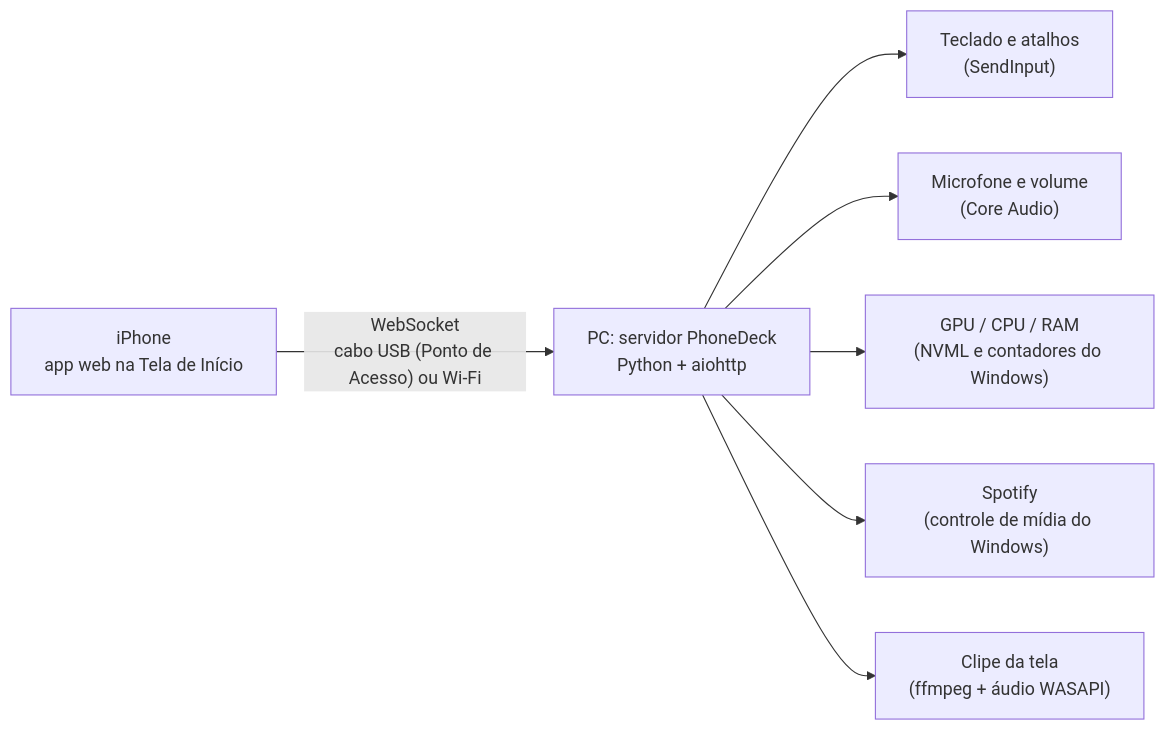
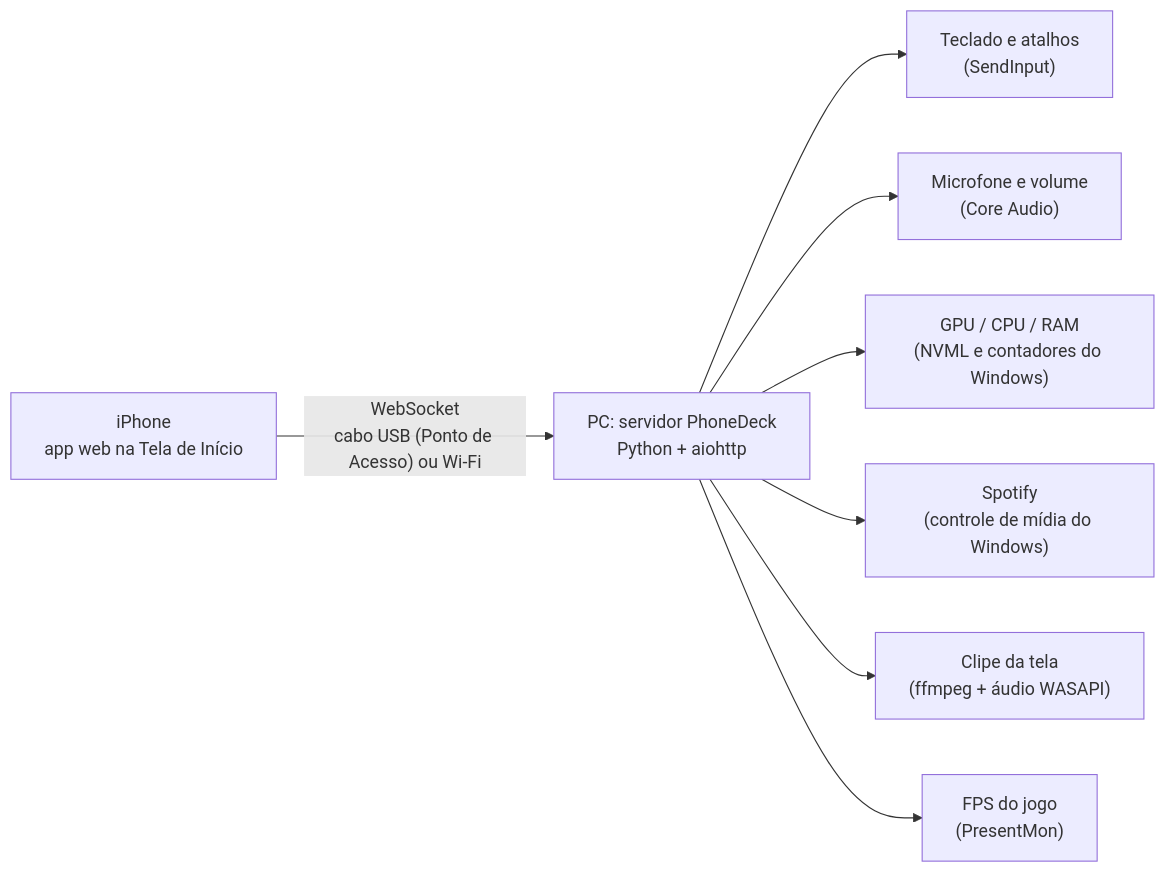
One commit to ericksouzaengenharia-prog/PhoneDeck changed the diagram in README.md. Above: the diagram before and after it, drawn with Mermaid. The commit also changed other lines of this file and 39 other files, not shown here.

````diff
--- a/README.md
+++ b/README.md
@@ -61,9 +69,10 @@
 ```mermaid
 flowchart LR
     A["iPhone<br/>app web na Tela de Início"] -- "WebSocket<br/>cabo USB (Ponto de Acesso) ou Wi-Fi" --> B["PC: servidor PhoneDeck<br/>Python + aiohttp"]
     B --> C["Teclado e atalhos<br/>(SendInput)"]
     B --> D["Microfone e volume<br/>(Core Audio)"]
     B --> E["GPU / CPU / RAM<br/>(NVML e contadores do Windows)"]
     B --> F["Spotify<br/>(controle de mídia do Windows)"]
     B --> G["Clipe da tela<br/>(ffmpeg + áudio WASAPI)"]
+    B --> H["FPS do jogo<br/>(PresentMon)"]
 ```
````
